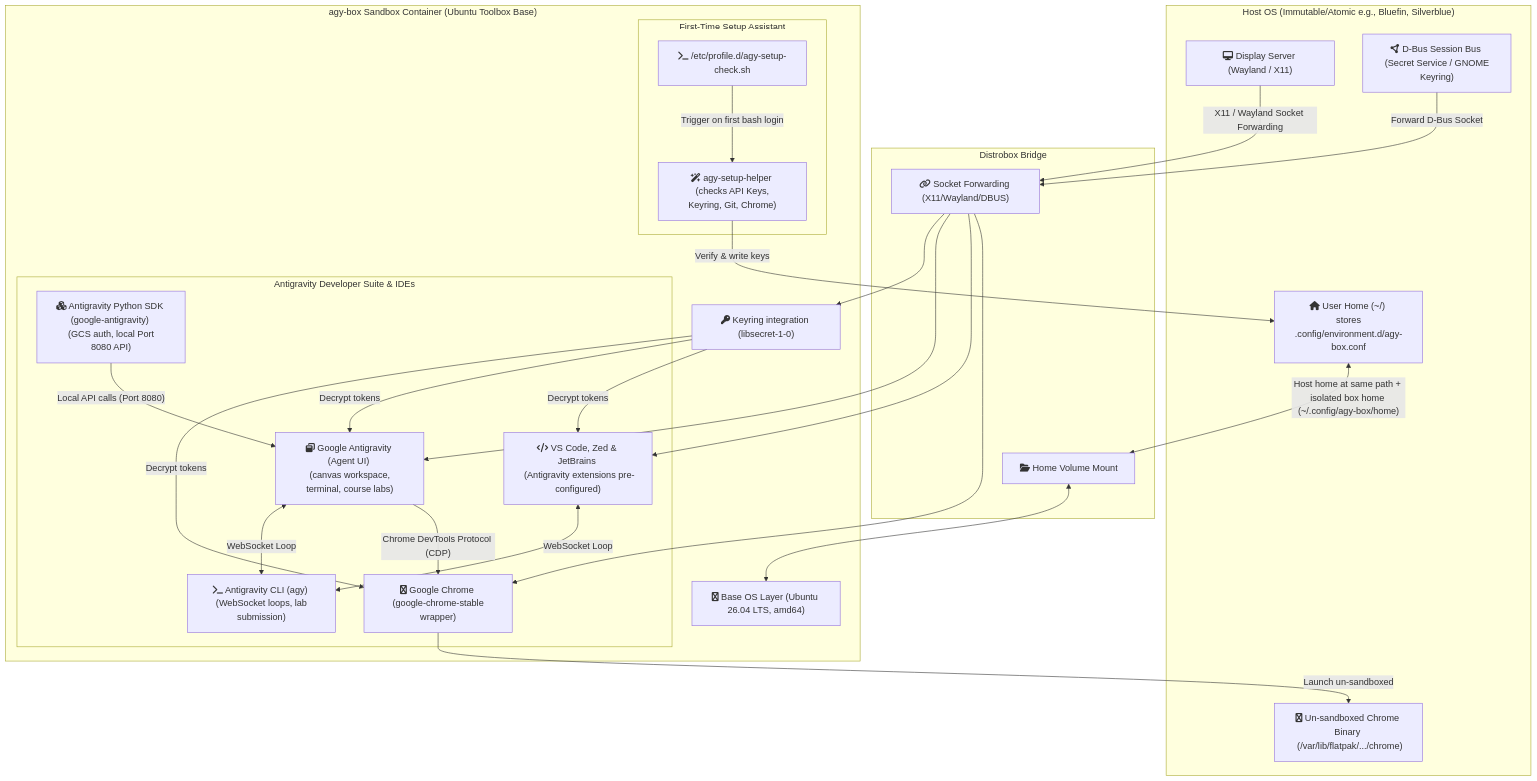
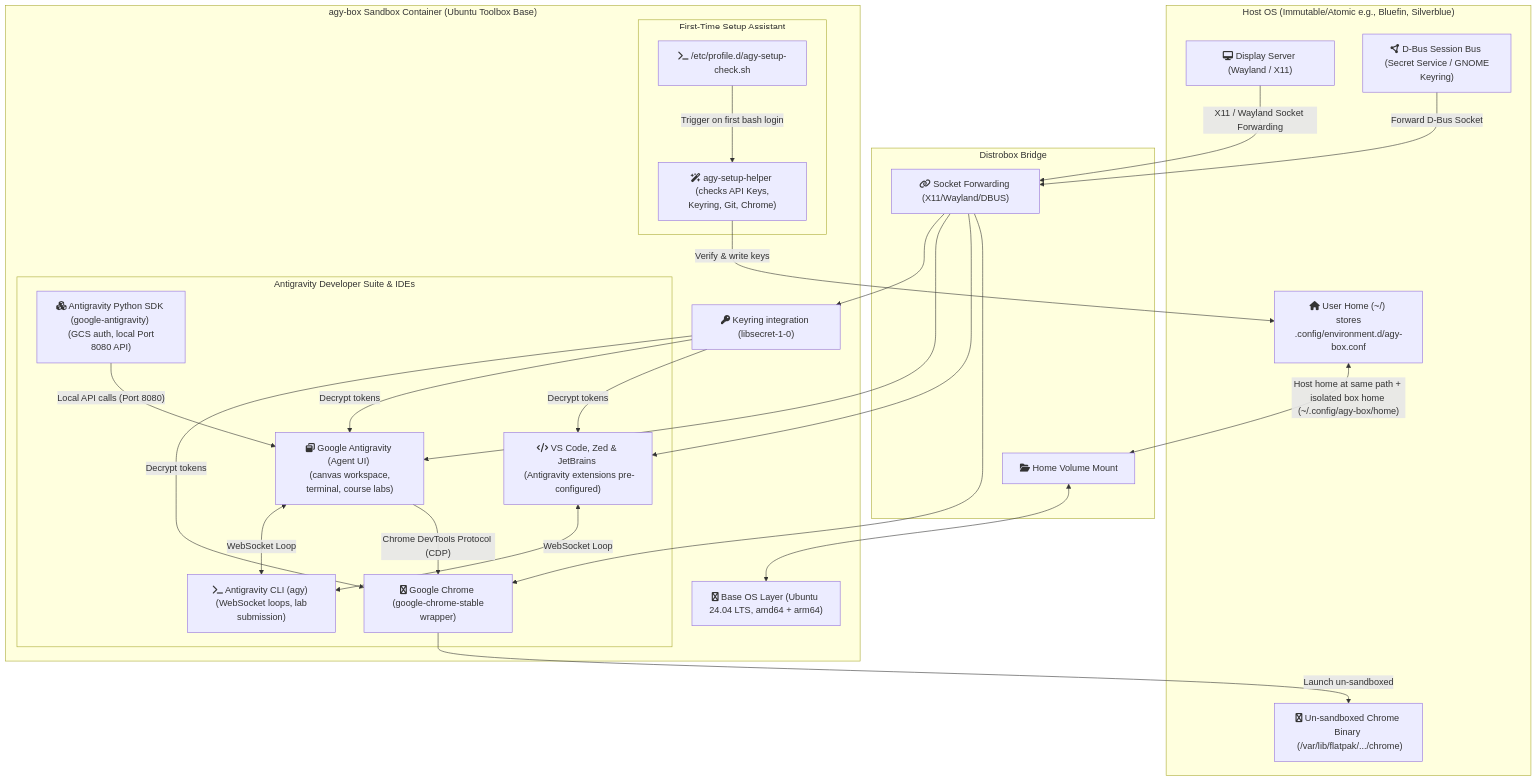
Before and after one commit to wtg-codes/agy-box: the diagram in docs/diagrams/system-topology.mmd, drawn with Mermaid. The commit also changed 29 other files, not shown here.

```diff
--- a/docs/diagrams/system-topology.mmd
+++ b/docs/diagrams/system-topology.mmd
@@ -1,64 +1,64 @@
 graph TD
     subgraph Host ["Host OS (Immutable/Atomic e.g., Bluefin, Silverblue)"]
         UserHome["fa:fa-home User Home (~/) <br> stores .config/environment.d/agy-box.conf"]
         Display["fa:fa-desktop Display Server (Wayland / X11)"]
         DBus["fa:fa-circle-nodes D-Bus Session Bus <br> (Secret Service / GNOME Keyring)"]
         FlatpakChrome["fa:fa-chrome Un-sandboxed Chrome Binary <br> (/var/lib/flatpak/.../chrome)"]
     end
 
     subgraph Bridge ["Distrobox Bridge"]
         MountHome["fa:fa-folder-open Home Volume Mount"]
         ForwardSockets["fa:fa-link Socket Forwarding (X11/Wayland/DBUS)"]
     end
 
     subgraph Sandbox ["agy-box Sandbox Container (Ubuntu Toolbox Base)"]
-        BaseOS["fa:fa-linux Base OS Layer (Ubuntu 26.04 LTS, amd64)"]
+        BaseOS["fa:fa-linux Base OS Layer (Ubuntu 24.04 LTS, amd64 + arm64)"]
         KeyringClient["fa:fa-key Keyring integration (libsecret-1-0)"]
         
         subgraph Setup ["First-Time Setup Assistant"]
             SetupHelper["fa:fa-wand-magic-sparkles agy-setup-helper <br> (checks API Keys, Keyring, Git, Chrome)"]
             ProfileHook["fa:fa-terminal /etc/profile.d/agy-setup-check.sh"]
         end
 
         subgraph Suite ["Antigravity Developer Suite & IDEs"]
             AgentUI["fa:fa-window-restore Google Antigravity (Agent UI) <br> (canvas workspace, terminal, course labs)"]
             Editors["fa:fa-code VS Code, Zed & JetBrains <br> (Antigravity extensions pre-configured)"]
             CLI["fa:fa-terminal Antigravity CLI (agy) <br> (WebSocket loops, lab submission)"]
             SDK["fa:fa-cubes Antigravity Python SDK (google-antigravity) <br> (GCS auth, local Port 8080 API)"]
             ChromeWrapper["fa:fa-chrome Google Chrome <br> (google-chrome-stable wrapper)"]
         end
     end
 
     UserHome <-->|"Host home at same path + isolated box home (~/.config/agy-box/home)"| MountHome
     MountHome <--> BaseOS
     
     DBus -->|"Forward D-Bus Socket"| ForwardSockets
     ForwardSockets --> KeyringClient
     KeyringClient -->|"Decrypt tokens"| ChromeWrapper
     KeyringClient -->|"Decrypt tokens"| AgentUI
     KeyringClient -->|"Decrypt tokens"| Editors
     
     Display -->|"X11 / Wayland Socket Forwarding"| ForwardSockets
     ForwardSockets --> AgentUI
     ForwardSockets --> Editors
     ForwardSockets --> ChromeWrapper
     
     AgentUI <-->|"WebSocket Loop"| CLI
     Editors <-->|"WebSocket Loop"| CLI
     SDK -->|"Local API calls (Port 8080)"| AgentUI
     AgentUI -->|"Chrome DevTools Protocol (CDP)"| ChromeWrapper
     ChromeWrapper -->|"Launch un-sandboxed"| FlatpakChrome
     
     ProfileHook -->|"Trigger on first bash login"| SetupHelper
     SetupHelper -->|"Verify & write keys"| UserHome
 
     %% Modern Theme Styling
     classDef host host;
     classDef bridge bridge;
     classDef sandbox sandbox;
     classDef setup setup;
 
     class UserHome,Display,DBus,FlatpakChrome host;
     class MountHome,ForwardSockets bridge;
     class BaseOS,KeyringClient,Editors,CLI,SDK,ChromeWrapper,AgentUI sandbox;
     class SetupHelper,ProfileHook setup;
```
